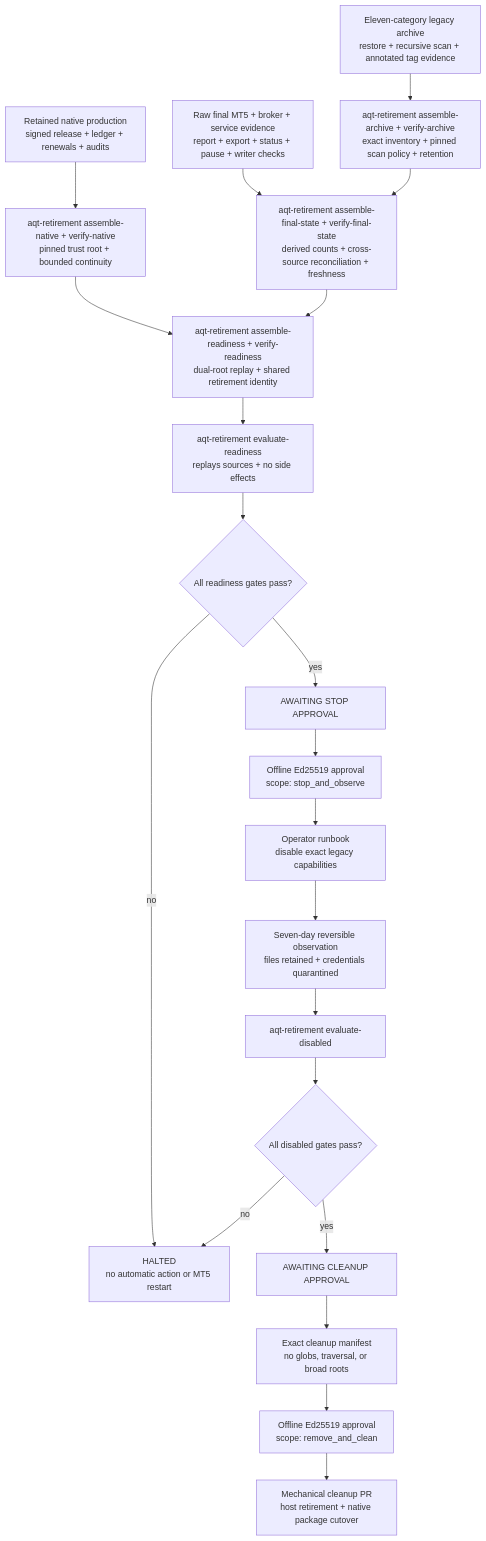
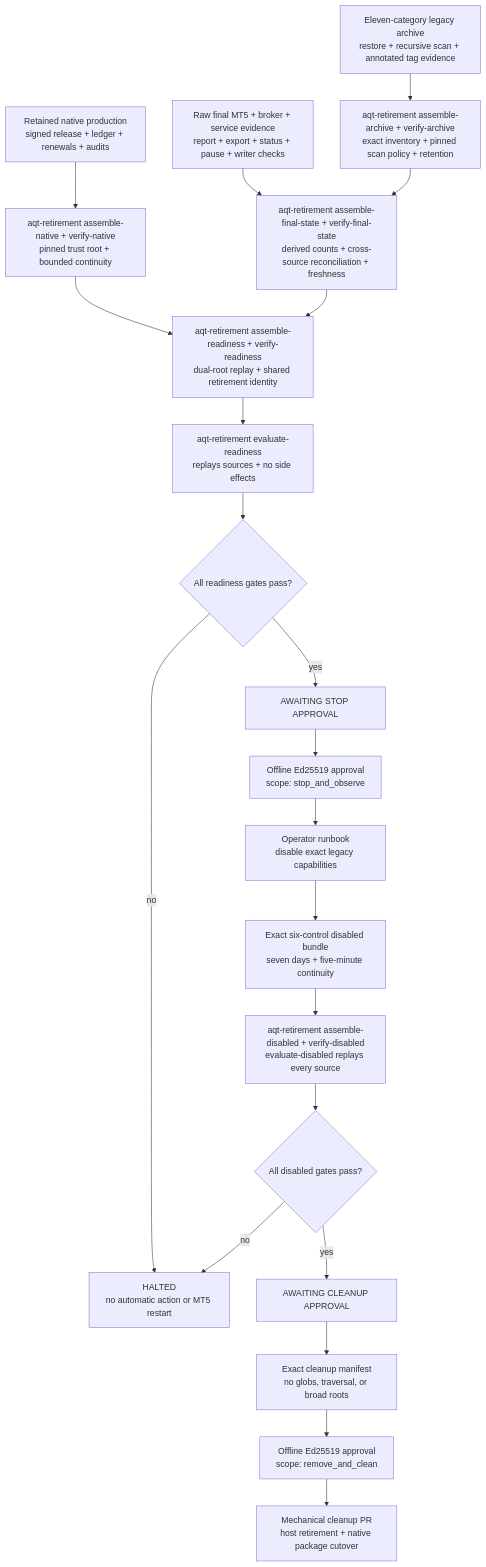
One commit to AegisFintech/AIQuantTrader changed the diagram in docs/architecture/diagrams/phase-10-legacy-retirement.mmd. Above: the diagram before and after it, drawn with Mermaid. The commit also changed 27 other files, not shown here.

Commit message:
feat(retirement): replay disabled-window evidence

```diff
--- a/docs/architecture/diagrams/phase-10-legacy-retirement.mmd
+++ b/docs/architecture/diagrams/phase-10-legacy-retirement.mmd
@@ -1,42 +1,42 @@
 flowchart TD
     nativeRaw["Retained native production<br/>signed release + ledger + renewals + audits"]
     native["aqt-retirement assemble-native + verify-native<br/>pinned trust root + bounded continuity"]
     legacyRaw["Raw final MT5 + broker + service evidence<br/>report + export + status + pause + writer checks"]
     archiveRaw["Eleven-category legacy archive<br/>restore + recursive scan + annotated tag evidence"]
     archive["aqt-retirement assemble-archive + verify-archive<br/>exact inventory + pinned scan policy + retention"]
     legacy["aqt-retirement assemble-final-state + verify-final-state<br/>derived counts + cross-source reconciliation + freshness"]
     readiness["aqt-retirement assemble-readiness + verify-readiness<br/>dual-root replay + shared retirement identity"]
     evaluate["aqt-retirement evaluate-readiness<br/>replays sources + no side effects"]
     stopReview{"All readiness gates pass?"}
     stopWait["AWAITING STOP APPROVAL"]
     stopSign["Offline Ed25519 approval<br/>scope: stop_and_observe"]
     disable["Operator runbook<br/>disable exact legacy capabilities"]
-    observe["Seven-day reversible observation<br/>files retained + credentials quarantined"]
-    disabled["aqt-retirement evaluate-disabled"]
+    observe["Exact six-control disabled bundle<br/>seven days + five-minute continuity"]
+    disabled["aqt-retirement assemble-disabled + verify-disabled<br/>evaluate-disabled replays every source"]
     cleanReview{"All disabled gates pass?"}
     cleanWait["AWAITING CLEANUP APPROVAL"]
     manifest["Exact cleanup manifest<br/>no globs, traversal, or broad roots"]
     cleanSign["Offline Ed25519 approval<br/>scope: remove_and_clean"]
     cleanup["Mechanical cleanup PR<br/>host retirement + native package cutover"]
     halted["HALTED<br/>no automatic action or MT5 restart"]
 
     nativeRaw --> native
     native --> readiness
     archiveRaw --> archive
     archive --> legacy
     legacyRaw --> legacy
     legacy --> readiness
     readiness --> evaluate
     evaluate --> stopReview
     stopReview -- no --> halted
     stopReview -- yes --> stopWait
     stopWait --> stopSign
     stopSign --> disable
     disable --> observe
     observe --> disabled
     disabled --> cleanReview
     cleanReview -- no --> halted
     cleanReview -- yes --> cleanWait
     cleanWait --> manifest
     manifest --> cleanSign
     cleanSign --> cleanup
```
